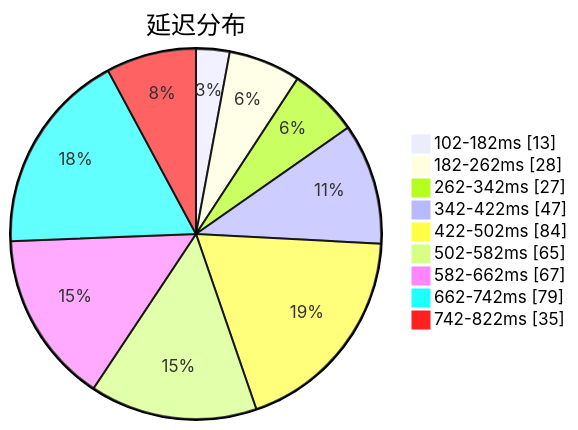
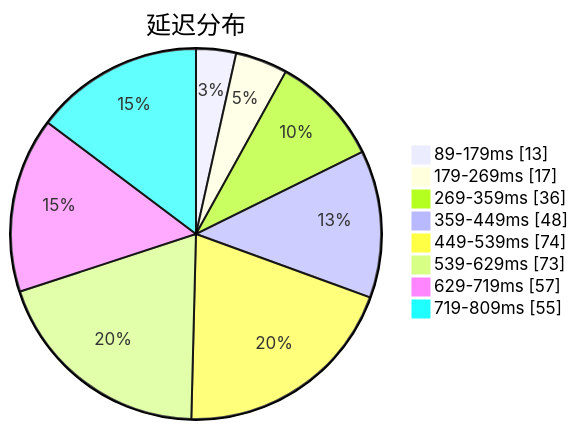
One commit to sinspired/airport changed the first of 3 diagrams in subs/statistics/tested_within.md. Above: the diagram before and after it, drawn with Mermaid. The commit also changed other lines of this file and 2 other files, not shown here.

````diff
--- a/subs/statistics/tested_within.md
+++ b/subs/statistics/tested_within.md
@@ -2,13 +2,12 @@
 ```mermaid
 pie showData
 title 延迟分布
-"102-182ms" : 13
-"182-262ms" : 28
-"262-342ms" : 27
-"342-422ms" : 47
-"422-502ms" : 84
-"502-582ms" : 65
-"582-662ms" : 67
-"662-742ms" : 79
-"742-822ms" : 35
+"89-179ms" : 13
+"179-269ms" : 17
+"269-359ms" : 36
+"359-449ms" : 48
+"449-539ms" : 74
+"539-629ms" : 73
+"629-719ms" : 57
+"719-809ms" : 55
 ```
````
